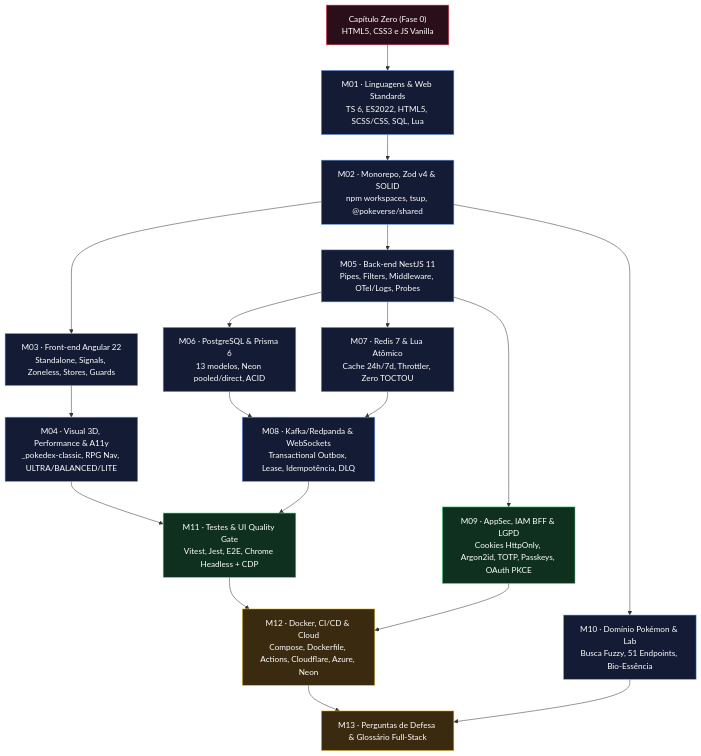
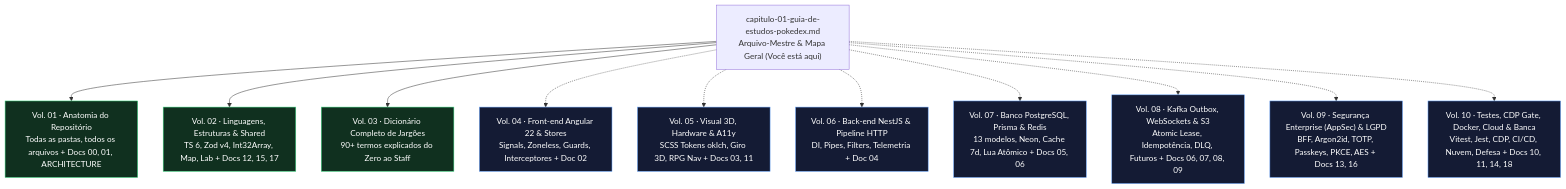
Before and after one commit to Digooow/pokedex-frontend: the second of 2 diagrams in docs/capitulo-01-guia-de-estudos-pokedex.md, drawn with Mermaid. The commit also changed other lines of this file and 9 other files, not shown here.

````diff
--- a/docs/capitulo-01-guia-de-estudos-pokedex.md
+++ b/docs/capitulo-01-guia-de-estudos-pokedex.md
@@ -30,35 +108,30 @@
 ```mermaid
 flowchart TD
-  f0["Capítulo Zero (Fase 0)<br/>HTML5, CSS3 e JS Vanilla"] --> m01["M01 · Linguagens & Web Standards<br/>TS 6, ES2022, HTML5, SCSS/CSS, SQL, Lua"]
+  hub["capitulo-01-guia-de-estudos-pokedex.md<br/>Arquivo-Mestre & Mapa Geral (Você está aqui)"]
 
-  m01 --> m02["M02 · Monorepo, Zod v4 & SOLID<br/>npm workspaces, tsup, @pokeverse/shared"]
-  m02 --> m03["M03 · Front-end Angular 22<br/>Standalone, Signals, Zoneless, Stores, Guards"]
-  m03 --> m04["M04 · Visual 3D, Performance & A11y<br/>_pokedex-classic, RPG Nav, ULTRA/BALANCED/LITE"]
+  v01["Vol. 01 · Anatomia do Repositório<br/>Todas as pastas, todos os arquivos + Docs 00, 01, ARCHITECTURE"]:::done
+  v02["Vol. 02 · Linguagens, Estruturas & Shared<br/>TS 6, Zod v4, Int32Array, Map, Lab + Docs 12, 15, 17"]:::done
+  v03["Vol. 03 · Dicionário Completo de Jargões<br/>90+ termos explicados do Zero ao Staff"]:::done
 
-  m02 --> m05["M05 · Back-end NestJS 11<br/>Pipes, Filters, Middleware, OTel/Logs, Probes"]
-  m05 --> m06["M06 · PostgreSQL & Prisma 6<br/>13 modelos, Neon pooled/direct, ACID"]
-  m05 --> m07["M07 · Redis 7 & Lua Atômico<br/>Cache 24h/7d, Throttler, Zero TOCTOU"]
-  m06 --> m08["M08 · Kafka/Redpanda & WebSockets<br/>Transactional Outbox, Lease, Idempotência, DLQ"]
-  m07 --> m08
+  v04["Vol. 04 · Front-end Angular 22 & Stores<br/>Signals, Zoneless, Guards, Interceptores + Doc 02"]:::plan
+  v05["Vol. 05 · Visual 3D, Hardware & A11y<br/>SCSS Tokens oklch, Giro 3D, RPG Nav + Docs 03, 11"]:::plan
+  v06["Vol. 06 · Back-end NestJS & Pipeline HTTP<br/>DI, Pipes, Filters, Telemetria + Doc 04"]:::plan
+  v07["Vol. 07 · Banco PostgreSQL, Prisma & Redis<br/>13 modelos, Neon, Cache 7d, Lua Atômico + Docs 05, 06"]:::plan
+  v08["Vol. 08 · Kafka Outbox, WebSockets & S3<br/>Atomic Lease, Idempotência, DLQ, Futuros + Docs 06, 07, 08, 09"]:::plan
+  v09["Vol. 09 · Segurança Enterprise (AppSec) & LGPD<br/>BFF, Argon2id, TOTP, Passkeys, PKCE, AES + Docs 13, 16"]:::plan
+  v10["Vol. 10 · Testes, CDP Gate, Docker, Cloud & Banca<br/>Vitest, Jest, CDP, CI/CD, Nuvem, Defesa + Docs 10, 11, 14, 18"]:::plan
 
-  m05 --> m09["M09 · AppSec, IAM BFF & LGPD<br/>Cookies HttpOnly, Argon2id, TOTP, Passkeys, OAuth PKCE"]
-  m02 --> m10["M10 · Domínio Pokémon & Lab<br/>Busca Fuzzy, 51 Endpoints, Bio-Essência"]
+  hub --> v01
+  hub --> v02
+  hub --> v03
+  hub -.-> v04
+  hub -.-> v05
+  hub -.-> v06
+  hub -.-> v07
+  hub -.-> v08
+  hub -.-> v09
+  hub -.-> v10
 
-  m04 --> m11["M11 · Testes & UI Quality Gate<br/>Vitest, Jest, E2E, Chrome Headless + CDP"]
-  m08 --> m11
-  m09 --> m12["M12 · Docker, CI/CD & Cloud<br/>Compose, Dockerfile, Actions, Cloudflare, Azure, Neon"]
-  m11 --> m12
-
-  m10 --> m13["M13 · Perguntas de Defesa & Glossário Full-Stack"]
-  m12 --> m13
-
-  classDef done fill:#2a0f1a,stroke:#ff3b4e,color:#fff
-  classDef core fill:#141b34,stroke:#6aa7ff,color:#fff
-  classDef sec fill:#10301f,stroke:#3ddc84,color:#fff
-  classDef ops fill:#3a2a10,stroke:#ffd23f,color:#fff
-
-  class f0 done
-  class m01,m02,m03,m04,m05,m06,m07,m08,m10 core
-  class m09,m11 sec
-  class m12,m13 ops
+  classDef done fill:#10301f,stroke:#3ddc84,color:#fff
+  classDef plan fill:#141b34,stroke:#6aa7ff,color:#fff
 ```
````
